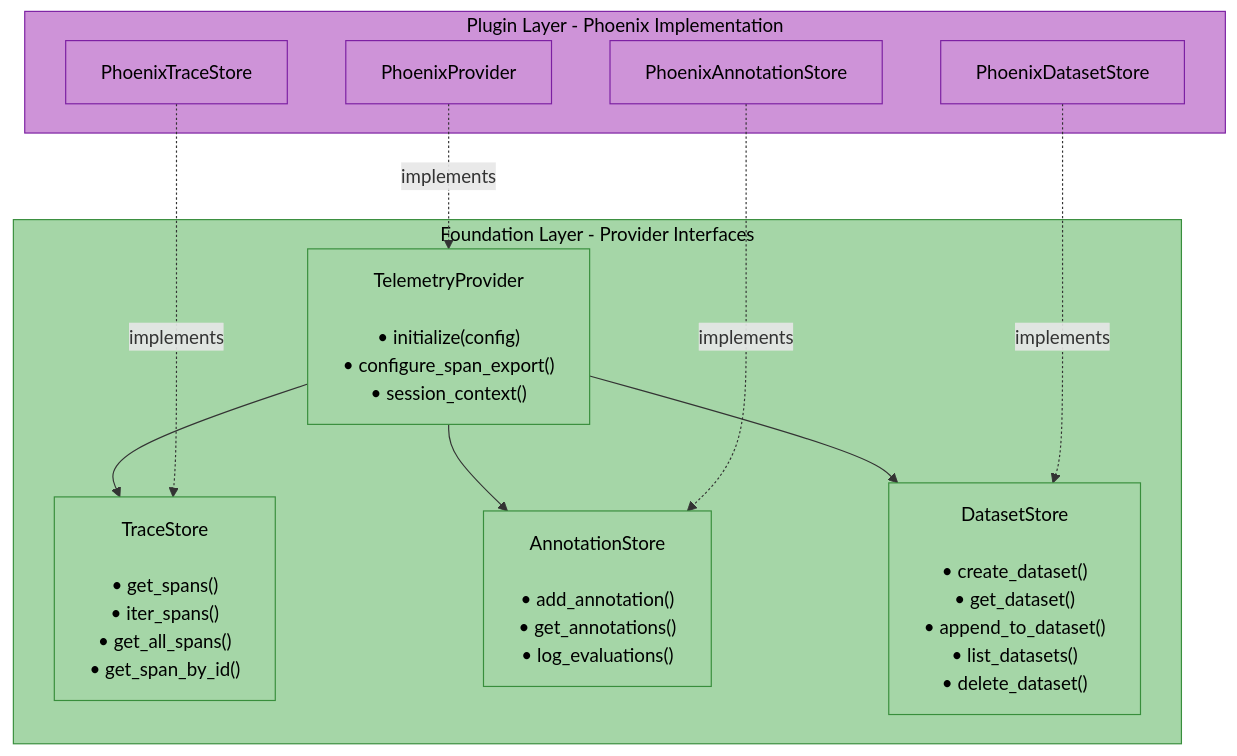
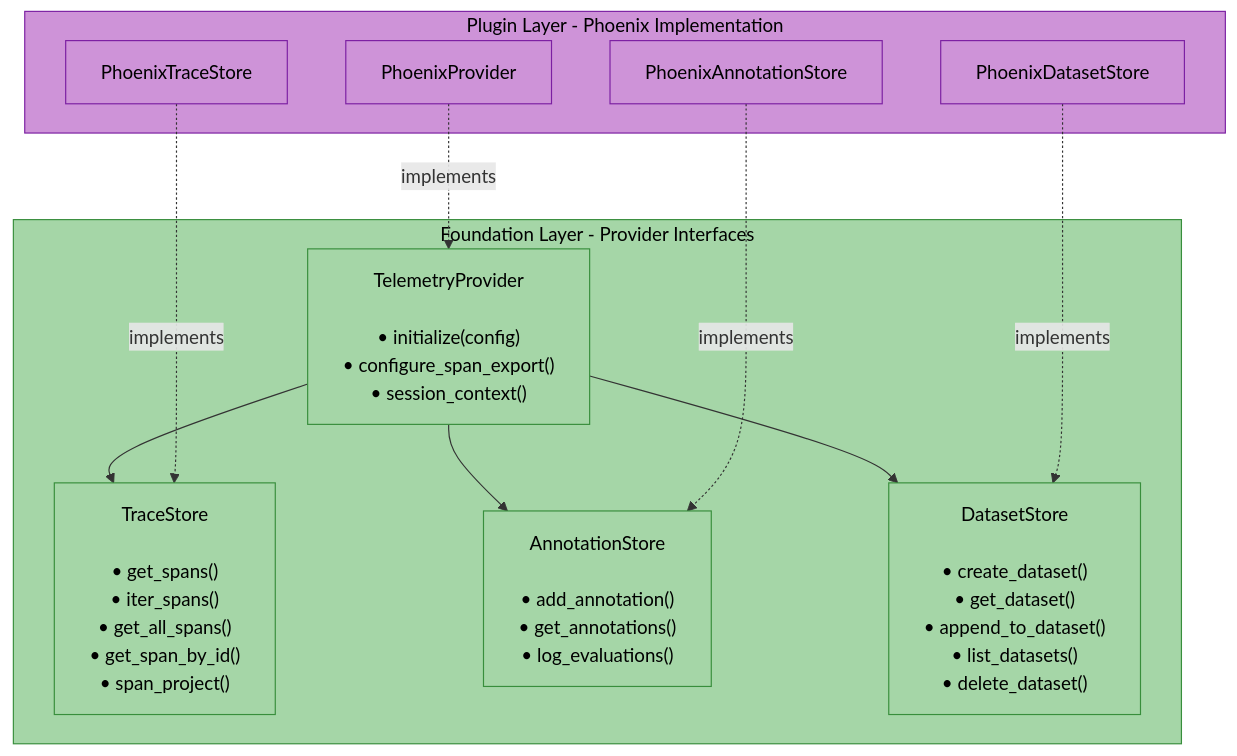
The fourth of 4 diagrams in docs/modules/telemetry.md (amit-jain/cogniverse), drawn with Mermaid before and after one commit. The commit also changed other lines of this file and 9 other files, not shown here.

````diff
--- a/docs/modules/telemetry.md
+++ b/docs/modules/telemetry.md
@@ -355,36 +360,36 @@
 ```mermaid
 flowchart TB
     subgraph Abstraction["<span style='color:#000'>Foundation Layer - Provider Interfaces</span>"]
         TelemetryProvider["<span style='color:#000'>TelemetryProvider<br/><br/>• initialize(config)<br/>• configure_span_export()<br/>• session_context()</span>"]
-        TraceStore["<span style='color:#000'>TraceStore<br/><br/>• get_spans()<br/>• iter_spans()<br/>• get_all_spans()<br/>• get_span_by_id()</span>"]
+        TraceStore["<span style='color:#000'>TraceStore<br/><br/>• get_spans()<br/>• iter_spans()<br/>• get_all_spans()<br/>• get_span_by_id()<br/>• span_project()</span>"]
         AnnotationStore["<span style='color:#000'>AnnotationStore<br/><br/>• add_annotation()<br/>• get_annotations()<br/>• log_evaluations()</span>"]
         DatasetStore["<span style='color:#000'>DatasetStore<br/><br/>• create_dataset()<br/>• get_dataset()<br/>• append_to_dataset()<br/>• list_datasets()<br/>• delete_dataset()</span>"]
     end
 
     TelemetryProvider --> TraceStore
     TelemetryProvider --> AnnotationStore
     TelemetryProvider --> DatasetStore
 
     subgraph Implementation["<span style='color:#000'>Plugin Layer - Phoenix Implementation</span>"]
         PhoenixProvider["<span style='color:#000'>PhoenixProvider</span>"]
         PhoenixTraceStore["<span style='color:#000'>PhoenixTraceStore</span>"]
         PhoenixAnnotationStore["<span style='color:#000'>PhoenixAnnotationStore</span>"]
         PhoenixDatasetStore["<span style='color:#000'>PhoenixDatasetStore</span>"]
     end
 
     PhoenixProvider -.->|implements| TelemetryProvider
     PhoenixTraceStore -.->|implements| TraceStore
     PhoenixAnnotationStore -.->|implements| AnnotationStore
     PhoenixDatasetStore -.->|implements| DatasetStore
 
     style Abstraction fill:#a5d6a7,stroke:#388e3c,color:#000
     style Implementation fill:#ce93d8,stroke:#7b1fa2,color:#000
     style TelemetryProvider fill:#a5d6a7,stroke:#388e3c,color:#000
     style TraceStore fill:#a5d6a7,stroke:#388e3c,color:#000
     style AnnotationStore fill:#a5d6a7,stroke:#388e3c,color:#000
     style DatasetStore fill:#a5d6a7,stroke:#388e3c,color:#000
     style PhoenixProvider fill:#ce93d8,stroke:#7b1fa2,color:#000
     style PhoenixTraceStore fill:#ce93d8,stroke:#7b1fa2,color:#000
     style PhoenixAnnotationStore fill:#ce93d8,stroke:#7b1fa2,color:#000
     style PhoenixDatasetStore fill:#ce93d8,stroke:#7b1fa2,color:#000
 ```
````
